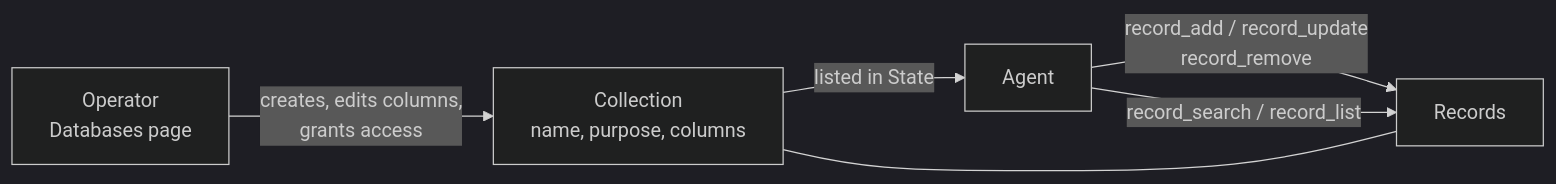
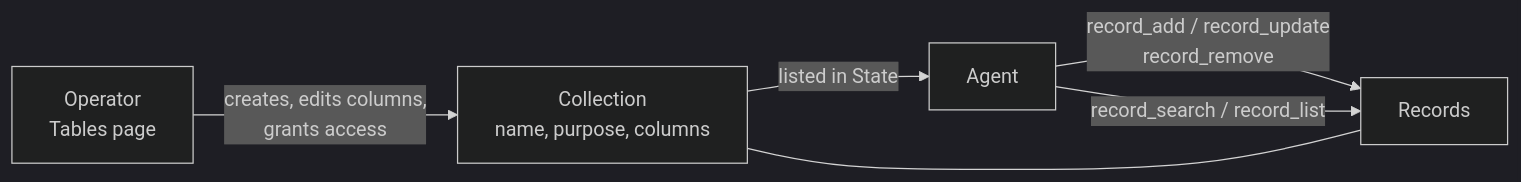
Before and after one commit to CigaleAI/guilds: the diagram in docs/concepts/collections.md, drawn with Mermaid (dark theme). The commit also changed other lines of this file and 178 other files, not shown here.

````diff
--- a/docs/concepts/collections.md
+++ b/docs/concepts/collections.md
@@ -33,8 +33,8 @@
 ```mermaid
 flowchart LR
-  Op["Operator<br/>Databases page"] -->|"creates, edits columns,<br/>grants access"| C["Collection<br/>name, purpose, columns"]
+  Op["Operator<br/>Tables page"] -->|"creates, edits columns,<br/>grants access"| C["Collection<br/>name, purpose, columns"]
   C -->|"listed in State"| Ag["Agent"]
   Ag -->|"record_add / record_update<br/>record_remove"| R["Records"]
   Ag -->|"record_search / record_list"| R
   R --- C
 ```
````
